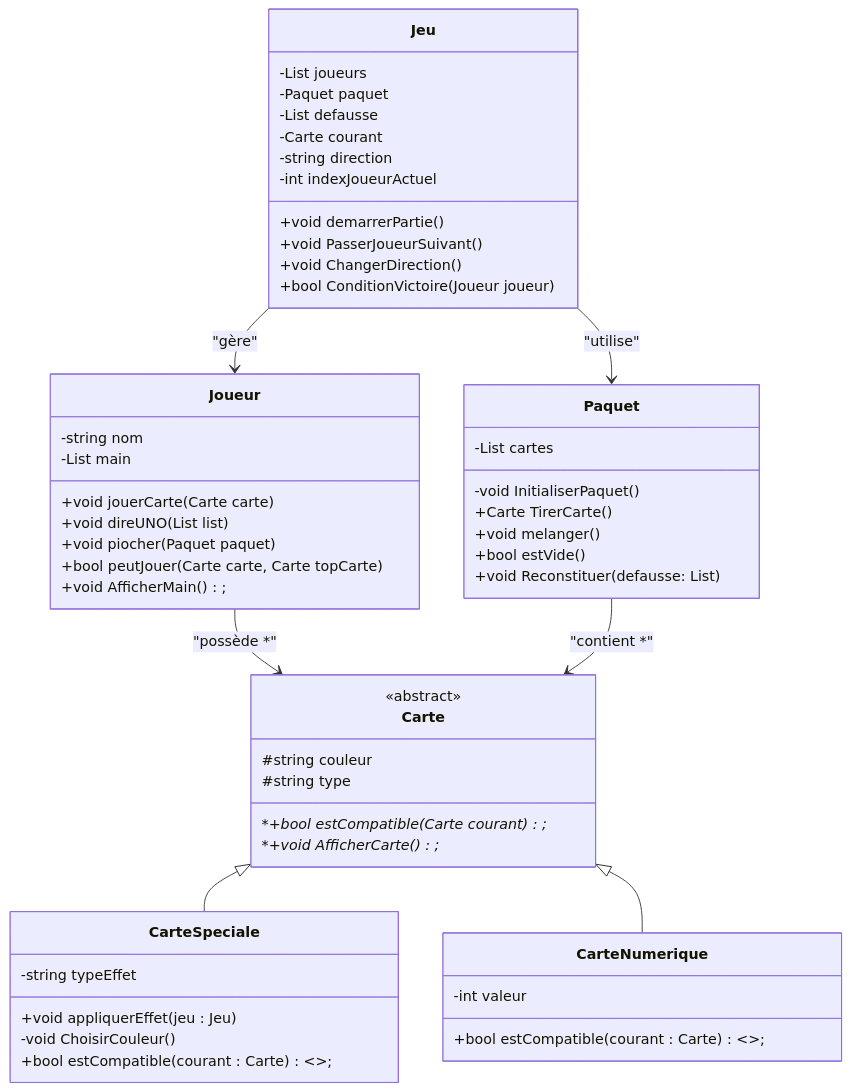
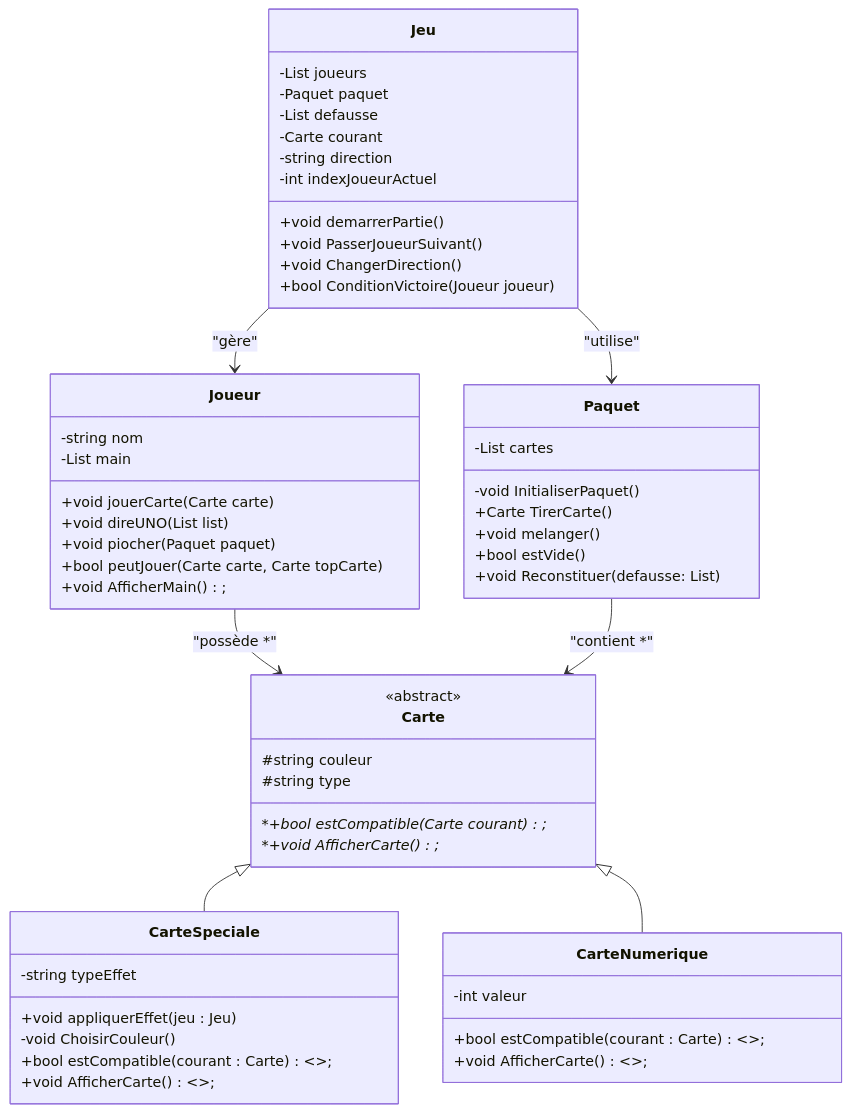
The diagram in README.md (Lil-Code30/uno-game), drawn with Mermaid before and after one commit.

Commit message:
Add AfficherCarte method to class diagram
Updated the README class diagram to include the AfficherCarte method for CarteSpeciale and CarteNumerique, reflecting recent changes in the codebase.

````diff
--- a/README.md
+++ b/README.md
@@ -26,67 +26,69 @@
 ```mermaid
 classDiagram
     class Jeu {
         -List<Joueur> joueurs
         -Paquet paquet
         -List<Carte> defausse
         -Carte courant
         -string direction
         -int indexJoueurActuel
 
         +void demarrerPartie() 
         +void PasserJoueurSuivant()
         +void ChangerDirection()
         +bool ConditionVictoire(Joueur joueur )
     }
 
     class Joueur {
         -string nom 
         -List<Carte> main 
 
         +void jouerCarte(Carte carte) 
         +void direUNO(List<Carte> list)
         +void piocher(Paquet paquet) 
         +bool peutJouer(Carte carte, Carte topCarte) 
         +void AfficherMain();
     }
 
     class Paquet {
         -List<Carte> cartes
 
         -void InitialiserPaquet()
         +Carte TirerCarte()
         +void melanger()
         +bool estVide()
         +void Reconstituer(defausse: List<Carte>)
     }
 
     class Carte {
         <<abstract>>
         #string couleur 
         #string type 
 
         *+bool estCompatible(Carte courant )*;
         *+void AfficherCarte()*;
     }
 
     class CarteSpeciale {
         -string typeEffet
 
         +void appliquerEffet(jeu : Jeu)
         -void ChoisirCouleur()
         +bool estCompatible(courant : Carte) <<override>>;
+        +void AfficherCarte() <<override>>;
     }
 
     class CarteNumerique {
         -int valeur
 
         +bool estCompatible(courant : Carte) <<override>>;
+        +void AfficherCarte() <<override>>;
     }
 
     Jeu --> Joueur : "gère"
     Jeu --> Paquet : "utilise"
     Joueur --> Carte : "possède *"
     Paquet --> Carte : "contient *"
     Carte <|-- CarteSpeciale
     Carte <|-- CarteNumerique
 ```
````
